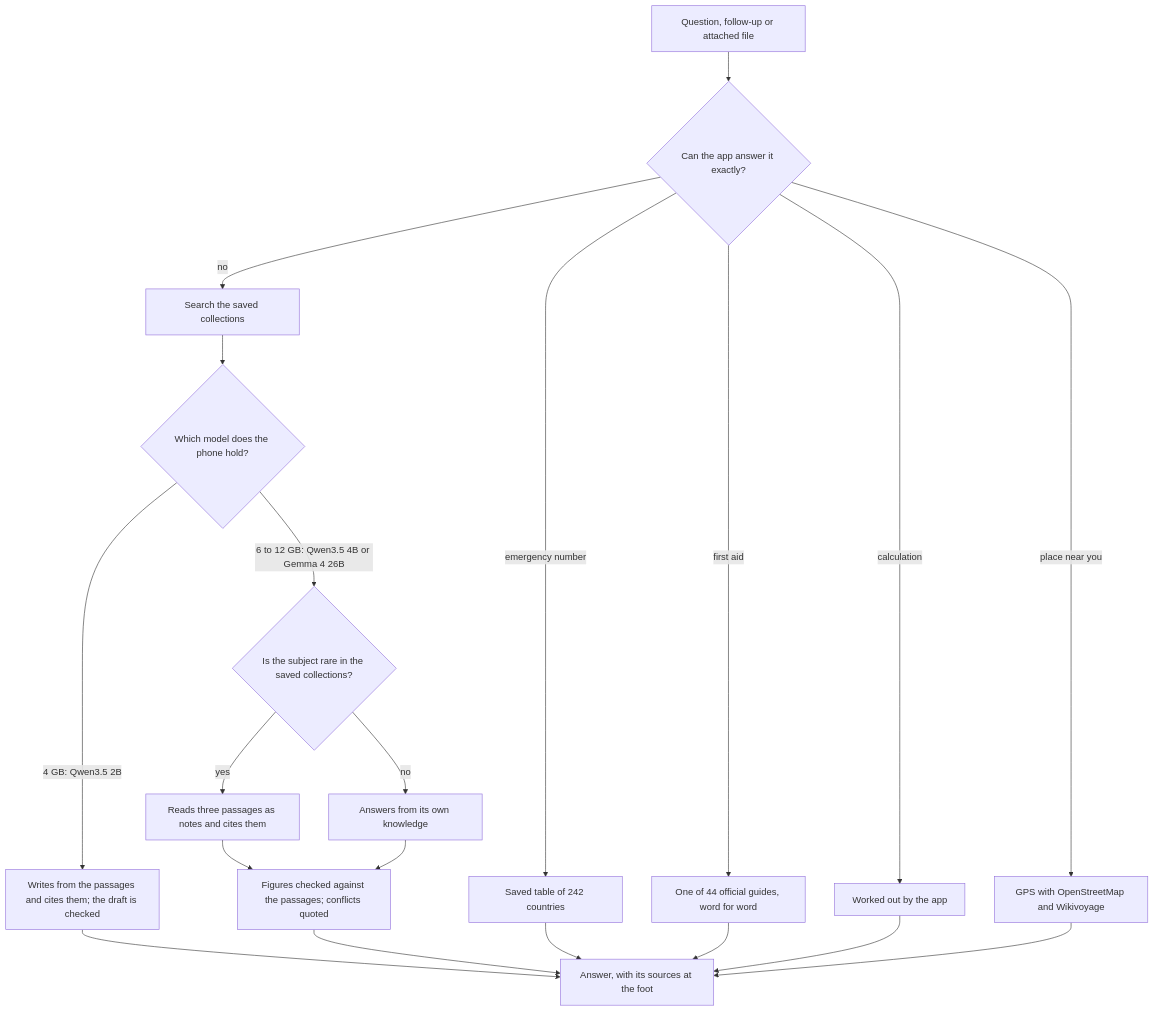
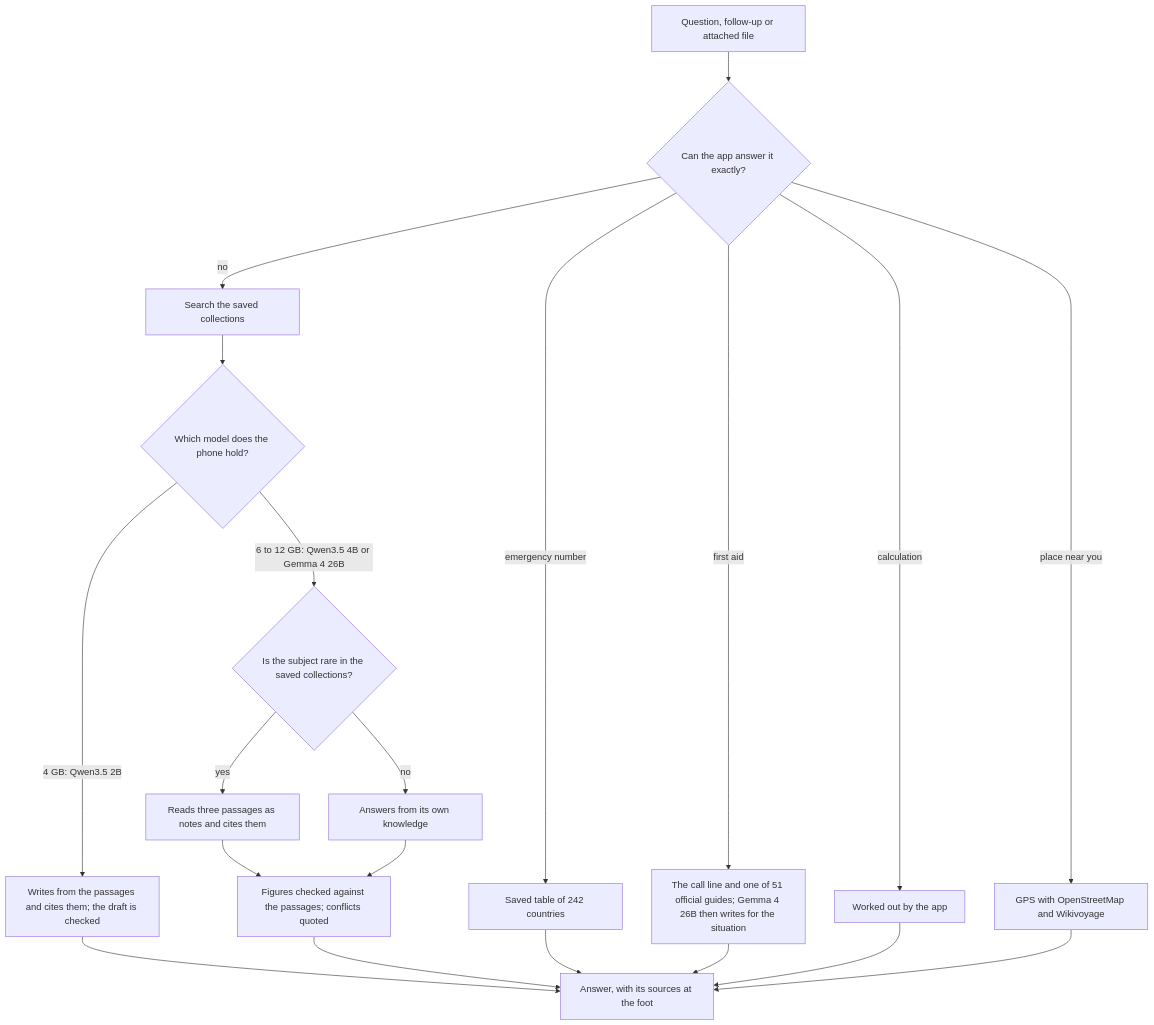
The diagram in docs/how-it-works.md (0x94t3z/fieldatlas), drawn with Mermaid before and after one commit. The commit also changed other lines of this file and 20 other files, not shown here.

````diff
--- a/docs/how-it-works.md
+++ b/docs/how-it-works.md
@@ -18,22 +18,22 @@
 ```mermaid
 flowchart TD
     Q["Question, follow-up or attached file"] --> D{"Can the app answer it exactly?"}
     D -->|"emergency number"| N["Saved table of 242 countries"]
-    D -->|"first aid"| G["One of 44 official guides, word for word"]
+    D -->|"first aid"| G["The call line and one of 51 official guides; Gemma 4 26B then writes for the situation"]
     D -->|"calculation"| C["Worked out by the app"]
     D -->|"place near you"| P["GPS with OpenStreetMap and Wikivoyage"]
     D -->|"no"| S["Search the saved collections"]
     S --> M{"Which model does the phone hold?"}
     M -->|"4 GB: Qwen3.5 2B"| W1["Writes from the passages and cites them; the draft is checked"]
     M -->|"6 to 12 GB: Qwen3.5 4B or Gemma 4 26B"| R{"Is the subject rare in the saved collections?"}
     R -->|"yes"| W2["Reads three passages as notes and cites them"]
     R -->|"no"| W3["Answers from its own knowledge"]
     W2 --> F["Figures checked against the passages; conflicts quoted"]
     W3 --> F
     W1 --> A["Answer, with its sources at the foot"]
     F --> A
     N --> A
     G --> A
     C --> A
     P --> A
 ```
````
